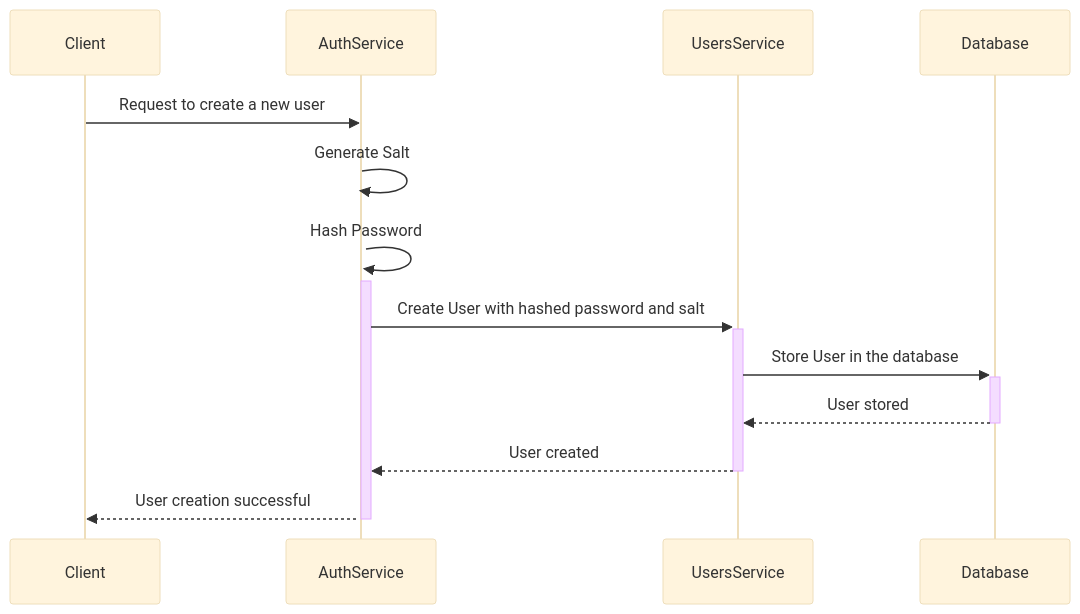
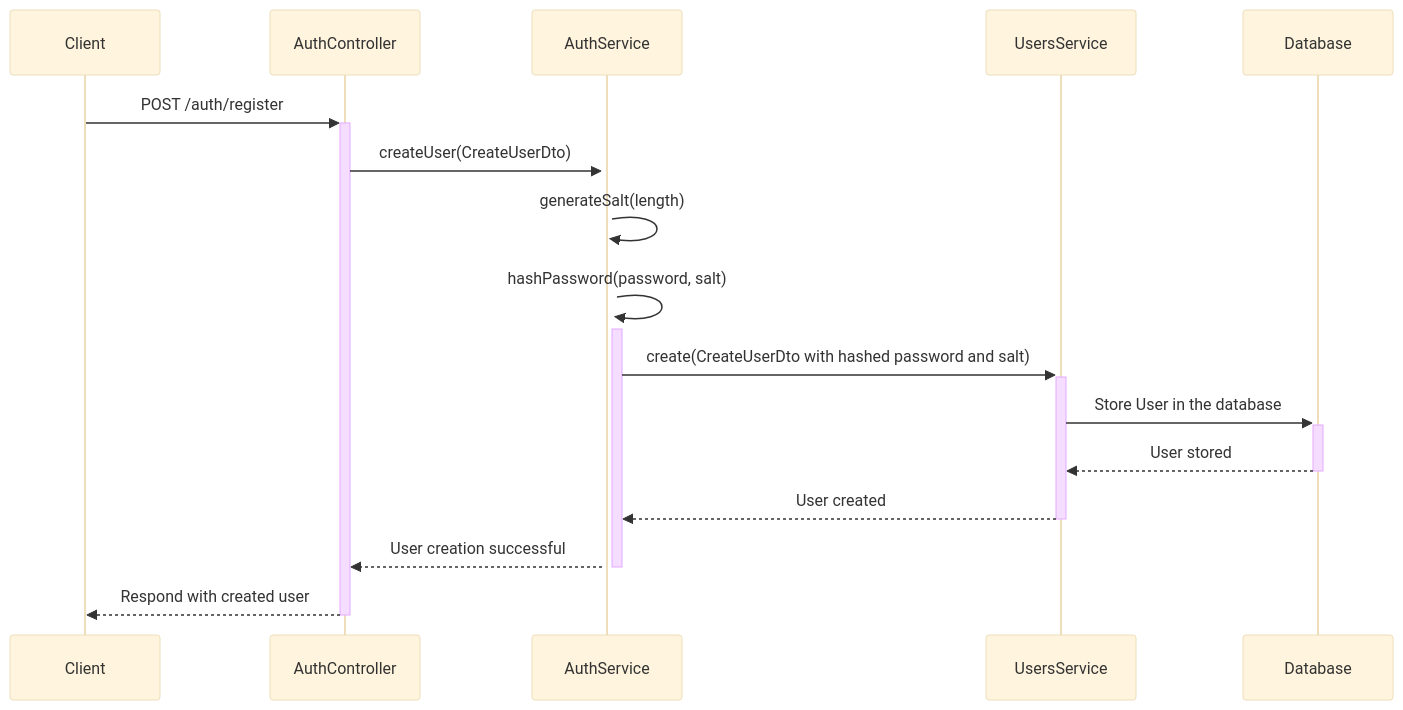
Before and after one commit to Phastboy/auth: the diagram in src/auth/boards/registration.md, drawn with Mermaid (base theme). The commit also changed other lines of this file, not shown here.

Commit message:
docs(auth): update user registration documentation
- Detailed `generateSalt` function in `AuthService` class with length parameter.
- Detailed `hashPassword` function in `AuthService` class with password and salt parameters.
- Detailed `createUser` function in `AuthService` class with `CreateUserDto` parameter.
- Added note on `UsersService` class having a `create` method for saving user to the database.
- Updated the mermaid sequence diagram to include `AuthController` in the user registration process.

````diff
--- a/src/auth/boards/registration.md
+++ b/src/auth/boards/registration.md
@@ -21,16 +26,19 @@
 ```mermaid
 sequenceDiagram
     participant Client
+    participant AuthController
     participant AuthService
     participant UsersService
     participant Database
 
-    Client->>AuthService: Request to create a new user
-    AuthService->>+AuthService: Generate Salt
-    AuthService->>+AuthService: Hash Password
-    AuthService->>+UsersService: Create User with hashed password and salt
+    Client->>+AuthController: POST /auth/register
+    AuthController->>+AuthService: createUser(CreateUserDto)
+    AuthService->>+AuthService: generateSalt(length)
+    AuthService->>+AuthService: hashPassword(password, salt)
+    AuthService->>+UsersService: create(CreateUserDto with hashed password and salt)
     UsersService->>+Database: Store User in the database
     Database-->>-UsersService: User stored
     UsersService-->>-AuthService: User created
-    AuthService-->>-Client: User creation successful
+    AuthService-->>-AuthController: User creation successful
+    AuthController-->>-Client: Respond with created user
 ```
````
